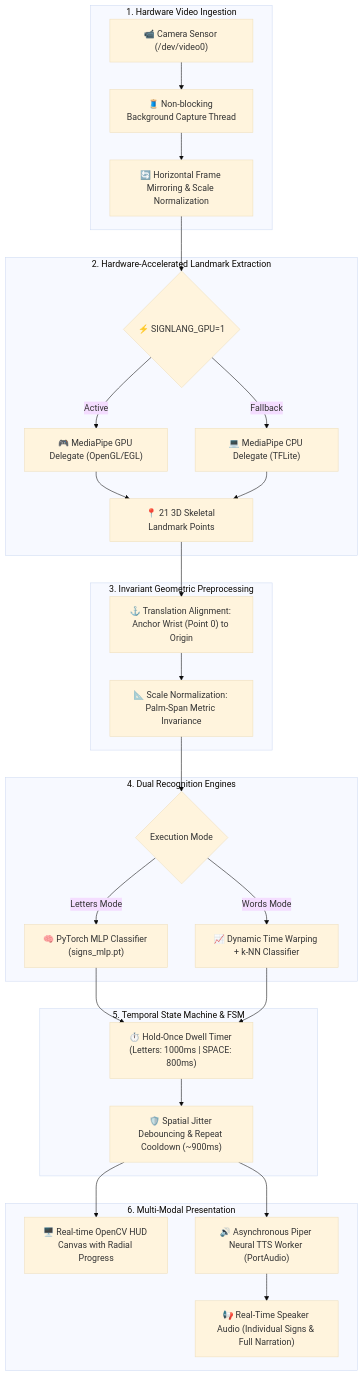
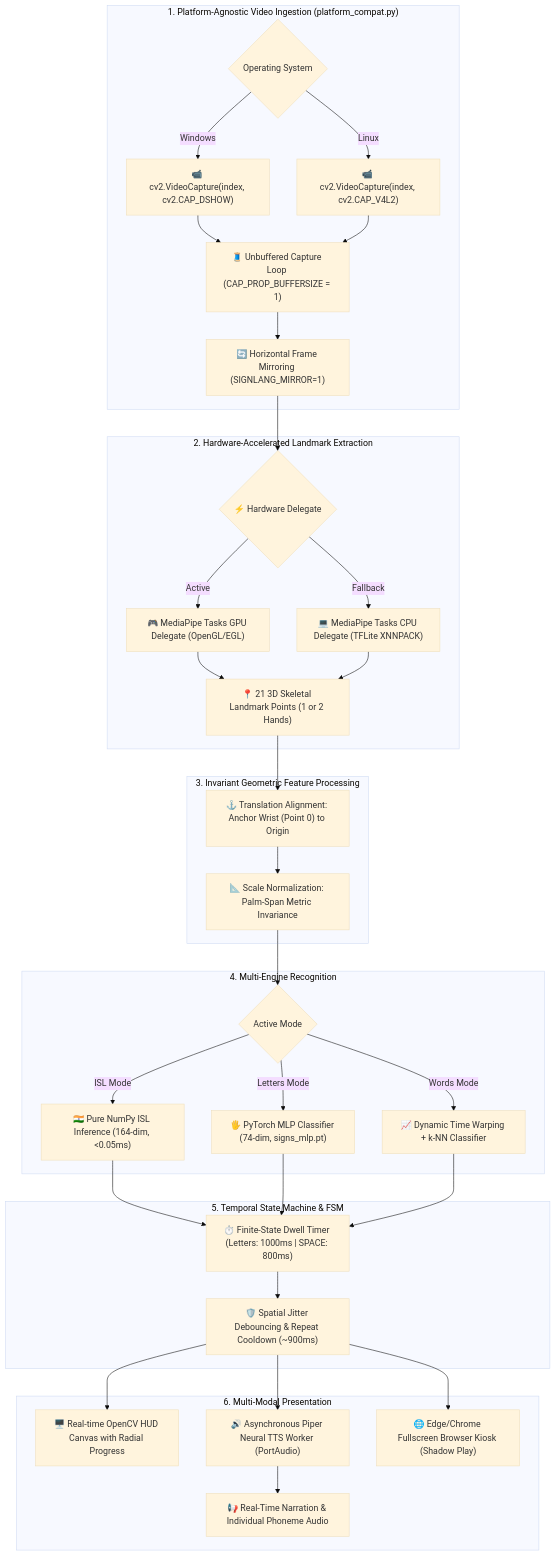
The diagram in README.md (RAZOR-NINJAS/SignLang), drawn with Mermaid (base theme) before and after one commit. The commit also changed other lines of this file, not shown here.

Commit message:
docs(readme): polish README with high-impact ASCII banner, quickstart hero, stylish tables, and architecture diagrams

````diff
--- a/README.md
+++ b/README.md
@@ -43,38 +206,45 @@
 ```mermaid
 flowchart TD
-    subgraph INGESTION ["1. Hardware Video Ingestion"]
-        CAM["📹 Camera Sensor (/dev/video0)"] --> THREAD["🧵 Non-blocking Background Capture Thread"]
-        THREAD --> MIRROR["🔄 Horizontal Frame Mirroring & Scale Normalization"]
+    subgraph INGESTION ["1. Platform-Agnostic Video Ingestion (platform_compat.py)"]
+        OS{"Operating System"}
+        OS -->|Windows| DSHOW["📹 cv2.VideoCapture(index, cv2.CAP_DSHOW)"]
+        OS -->|Linux| V4L2["📹 cv2.VideoCapture(index, cv2.CAP_V4L2)"]
+        DSHOW --> THREAD["🧵 Unbuffered Capture Loop (CAP_PROP_BUFFERSIZE = 1)"]
+        V4L2 --> THREAD
+        THREAD --> MIRROR["🔄 Horizontal Frame Mirroring (SIGNLANG_MIRROR=1)"]
     end
 
     subgraph DETECTION ["2. Hardware-Accelerated Landmark Extraction"]
-        MIRROR --> GPU{"⚡ SIGNLANG_GPU=1"}
-        GPU -->|Active| GL["🎮 MediaPipe GPU Delegate (OpenGL/EGL)"]
-        GPU -->|Fallback| CPU["💻 MediaPipe CPU Delegate (TFLite)"]
-        GL --> LM["📍 21 3D Skeletal Landmark Points"]
+        MIRROR --> GPU{"⚡ Hardware Delegate"}
+        GPU -->|Active| GL["🎮 MediaPipe Tasks GPU Delegate (OpenGL/EGL)"]
+        GPU -->|Fallback| CPU["💻 MediaPipe Tasks CPU Delegate (TFLite XNNPACK)"]
+        GL --> LM["📍 21 3D Skeletal Landmark Points (1 or 2 Hands)"]
         CPU --> LM
     end
 
-    subgraph NORMALIZATION ["3. Invariant Geometric Preprocessing"]
+    subgraph NORMALIZATION ["3. Invariant Geometric Feature Processing"]
         LM --> ANCHOR["⚓ Translation Alignment: Anchor Wrist (Point 0) to Origin"]
         ANCHOR --> SCALE["📐 Scale Normalization: Palm-Span Metric Invariance"]
     end
 
-    subgraph INFERENCE ["4. Dual Recognition Engines"]
-        SCALE --> SELECTOR{"Execution Mode"}
-        SELECTOR -->|Letters Mode| MLP["🧠 PyTorch MLP Classifier (signs_mlp.pt)"]
+    subgraph INFERENCE ["4. Multi-Engine Recognition"]
+        SCALE --> SELECTOR{"Active Mode"}
+        SELECTOR -->|ISL Mode| NUMPY["🇮🇳 Pure NumPy ISL Inference (164-dim, <0.05ms)"]
+        SELECTOR -->|Letters Mode| MLP["🖐️ PyTorch MLP Classifier (74-dim, signs_mlp.pt)"]
         SELECTOR -->|Words Mode| DTW["📈 Dynamic Time Warping + k-NN Classifier"]
     end
 
     subgraph STABILIZATION ["5. Temporal State Machine & FSM"]
-        MLP --> DWELL["⏱️ Hold-Once Dwell Timer (Letters: 1000ms | SPACE: 800ms)"]
+        NUMPY --> DWELL["⏱️ Finite-State Dwell Timer (Letters: 1000ms | SPACE: 800ms)"]
+        MLP --> DWELL
         DTW --> DWELL
         DWELL --> DEBOUNCE["🛡️ Spatial Jitter Debouncing & Repeat Cooldown (~900ms)"]
     end
 
     subgraph OUTPUT ["6. Multi-Modal Presentation"]
         DEBOUNCE --> HUD["🖥️ Real-time OpenCV HUD Canvas with Radial Progress"]
         DEBOUNCE --> TTS["🔊 Asynchronous Piper Neural TTS Worker (PortAudio)"]
-        TTS --> AUDIO["📢 Real-Time Speaker Audio (Individual Signs & Full Narration)"]
+        DEBOUNCE --> KIOSK["🌐 Edge/Chrome Fullscreen Browser Kiosk (Shadow Play)"]
+        TTS --> AUDIO["📢 Real-Time Narration & Individual Phoneme Audio"]
     end
 ```
````
